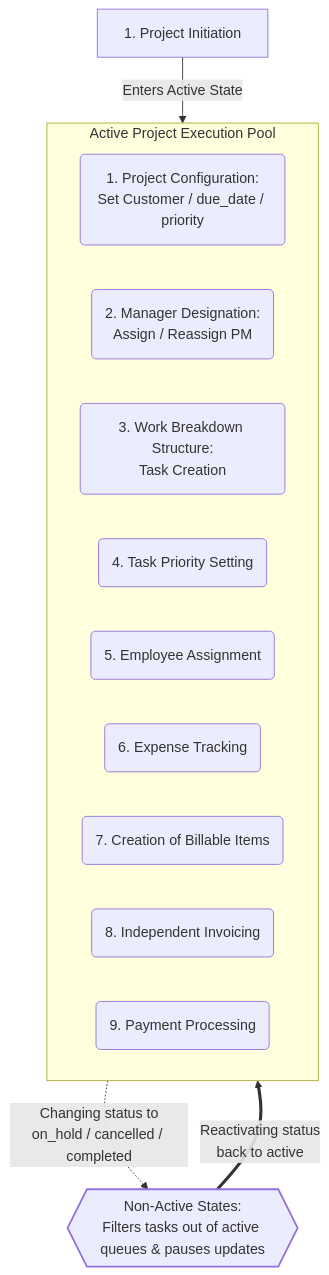
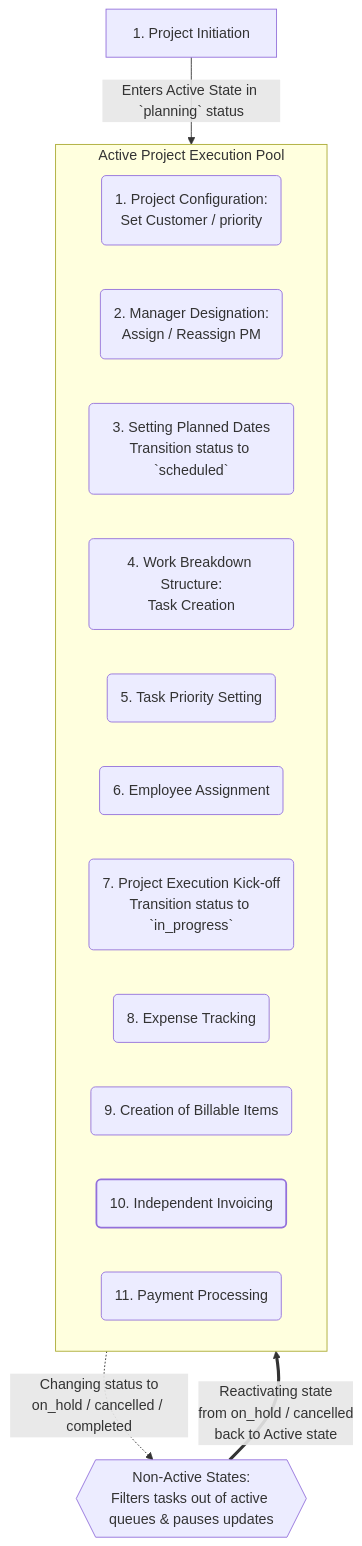
Before and after one commit to mauriciobarda/service-tenant-erp: the first of 2 diagrams in docs/business-process.md, drawn with Mermaid. The commit also changed other lines of this file and 1 other file, not shown here.

Commit message:
docs: expand valid project statuses and update lifecycle consistency

````diff
--- a/docs/business-process.md
+++ b/docs/business-process.md
@@ -32,28 +34,30 @@
 ```mermaid
 flowchart TD
     classDef stateMachine stroke-width:2px;
 
     %% Phase 1: Initialization
-    S0[1. Project Initiation] -->|Enters Active State| Active_Project_State
+    S0[1. Project Initiation] -->|Enters Active State in `planning` status | Active_Project_State
 
     %% Active Lifecycle Pool (Everything can happen concurrently)
     subgraph Active_Project_State [Active Project Execution Pool]
-        S1("1. Project Configuration:\nSet Customer / due_date / priority")
+        S1("1. Project Configuration:\nSet Customer / priority")
         S2("2. Manager Designation:\nAssign / Reassign PM")
-        S3("3. Work Breakdown Structure:\nTask Creation")
-        S4("4. Task Priority Setting")
-        S5("5. Employee Assignment")
-        S6("6. Expense Tracking")
-        S7("7. Creation of Billable Items")
-        S8("8. Independent Invoicing")
-        S9("9. Payment Processing")
+        S3("3. Setting Planned Dates\nTransition status to `scheduled`")
+        S4("4. Work Breakdown Structure:\nTask Creation")
+        S5("5. Task Priority Setting")
+        S6("6. Employee Assignment")
+        S7("7. Project Execution Kick-off\nTransition status to `in_progress`")
+        S8("8. Expense Tracking")
+        S9("9. Creation of Billable Items")
+        S10("10. Independent Invoicing")
+        S11("11. Payment Processing")
     end
 
     %% Global Interrupt pulling OUT of the active state
-    Active_Project_State -.->|"Changing status to\non_hold / cancelled / completed"| S10{{"Non-Active States:\nFilters tasks out of active queues & pauses updates"}}
+    Active_Project_State -.->|"Changing status to\non_hold / cancelled / completed"| S12{{"Non-Active States:\nFilters tasks out of active queues & pauses updates"}}
 
     %% Return path to Active State
-    S10 ==>|"Reactivating status\nback to active"| Active_Project_State 
+    S12 ==>|"Reactivating state\n from on_hold / cancelled \n back to Active state"| Active_Project_State
 
     class S10 stateMachine;
 ```
````
